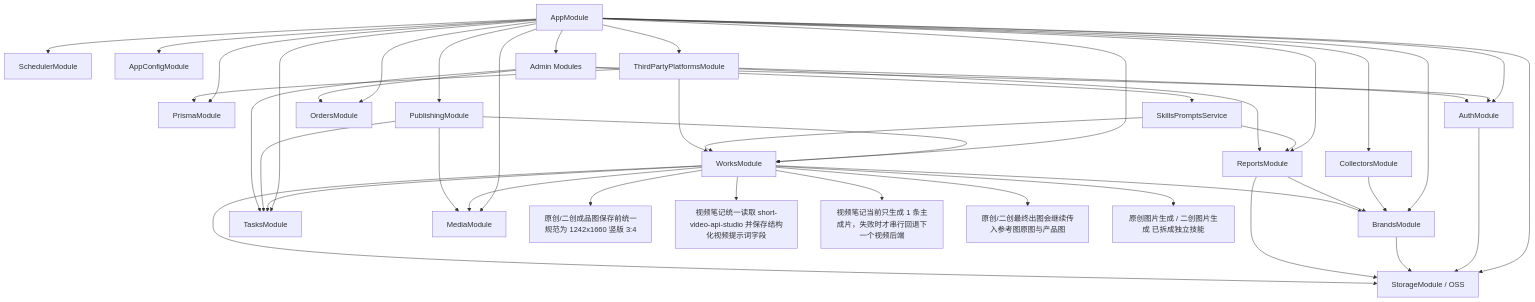
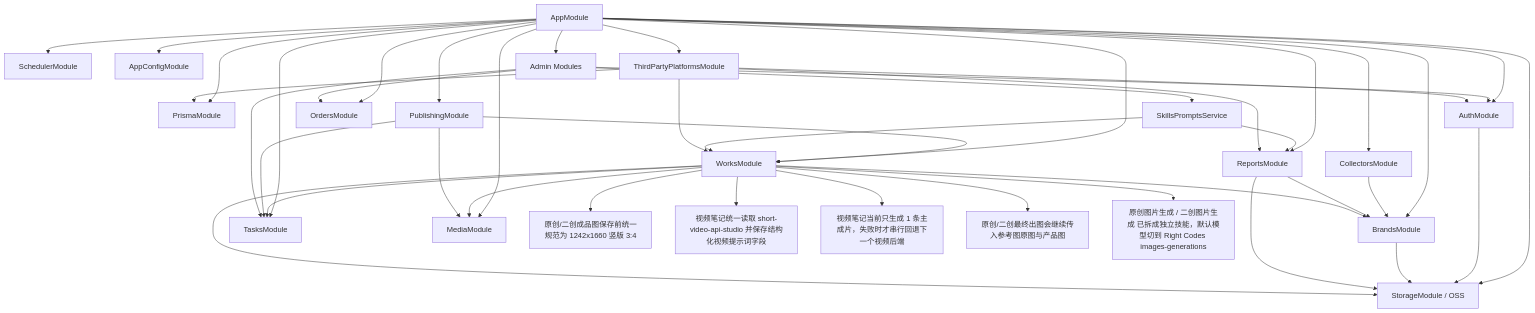
The tenth of 12 diagrams in docs/site-map-mermaid.md (Depthukesh/ai-omni-ops-system), drawn with Mermaid before and after one commit. The commit also changed other lines of this file and 6 other files, not shown here.

````diff
--- a/docs/site-map-mermaid.md
+++ b/docs/site-map-mermaid.md
@@ -488,48 +488,48 @@
 ```mermaid
 flowchart TD
     App["AppModule"]
     App --> Infra1["PrismaModule"]
     App --> Infra2["SchedulerModule"]
     App --> Infra3["AppConfigModule"]
     App --> Infra4["StorageModule / OSS"]
 
     App --> M1["AuthModule"]
     App --> M2["BrandsModule"]
     App --> M3["CollectorsModule"]
     App --> M4["ReportsModule"]
     App --> M5["WorksModule"]
     App --> M6["PublishingModule"]
     App --> M7["TasksModule"]
     App --> M8["MediaModule"]
     App --> M9["OrdersModule"]
     App --> M10["Admin Modules"]
     App --> M12["ThirdPartyPlatformsModule"]
 
     M1 --> Infra4
     M2 --> Infra4
     M3 --> M2
     M4 --> M2
     M4 --> Infra4
     M5 --> M2
     M5 --> M7
     M5 --> M8
     M5 --> Infra4
     M5 --> M51["原创/二创成品图保存前统一规范为 1242x1660 竖版 3:4"]
     M5 --> M52["视频笔记统一读取 short-video-api-studio 并保存结构化视频提示词字段"]
     M5 --> M53["视频笔记当前只生成 1 条主成片，失败时才串行回退下一个视频后端"]
     M5 --> M54["原创/二创最终出图会继续传入参考图原图与产品图"]
-    M5 --> M55["原创图片生成 / 二创图片生成 已拆成独立技能"]
+    M5 --> M55["原创图片生成 / 二创图片生成 已拆成独立技能，默认模型切到 Right Codes images-generations"]
     M6 --> M5
     M6 --> M7
     M6 --> M8
     M10 --> M9
     M10 --> M1
     M10 --> M7
     M10 --> M11["SkillsPromptsService"]
     M11 --> M4
     M11 --> M5
     M12 --> M1
     M12 --> M4
     M12 --> M5
     M12 --> Infra1
 ```
````
